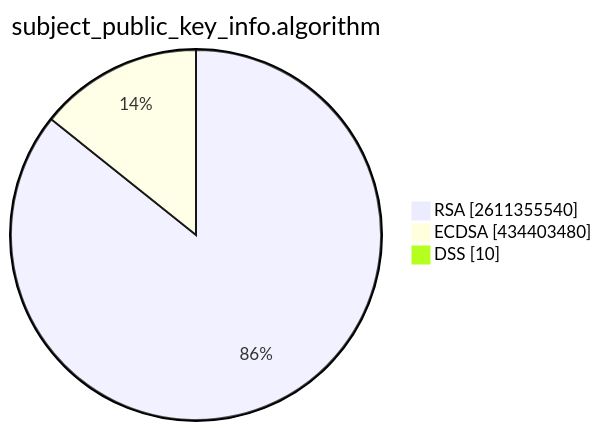
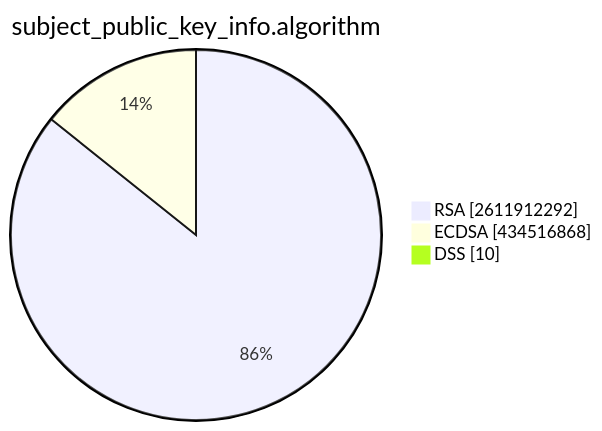
One commit to christiankrug/ctmonitor_visualization changed the second of 15 diagrams in TOTAL/README.md. Above: the diagram before and after it, drawn with Mermaid. The commit also changed other lines of this file, not shown here.

````diff
--- a/TOTAL/README.md
+++ b/TOTAL/README.md
@@ -6,7 +6,7 @@
 ```mermaid
 pie showData
 title subject_public_key_info.algorithm
-"RSA" :2611355540
-"ECDSA" :434403480
+"RSA" :2611912292
+"ECDSA" :434516868
 "DSS" :10
 ```
````
